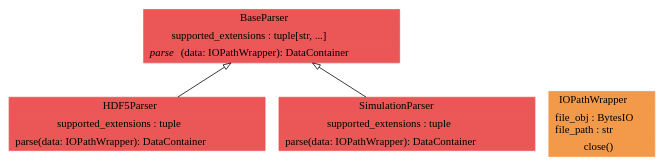
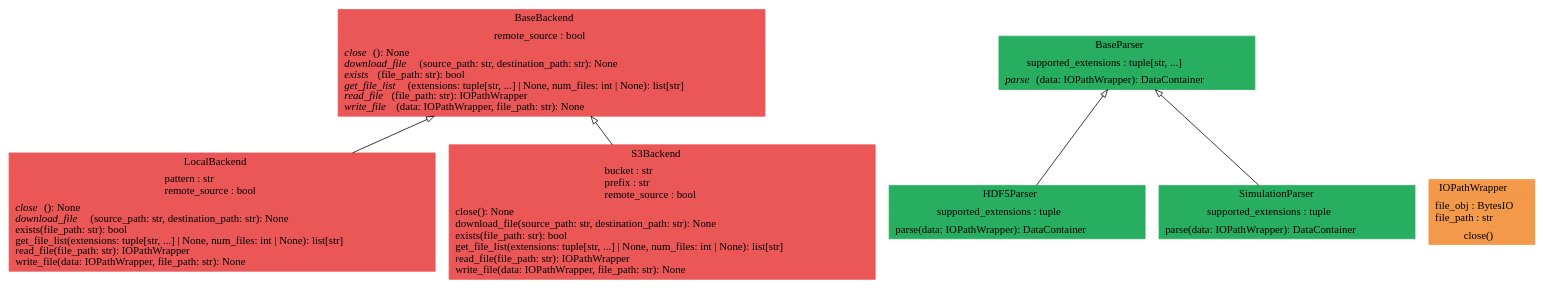
Before and after one commit to voidsy-gmbh/pyThermoNDT: the diagram in docs/pyreverse/graphviz/classes_pythermondt.io.gv, drawn with Graphviz. The commit also changed 26 other files, not shown here.

```diff
--- a/docs/pyreverse/graphviz/classes_pythermondt.io.gv
+++ b/docs/pyreverse/graphviz/classes_pythermondt.io.gv
@@ -1,10 +1,15 @@
 digraph "classes_pythermondt.io" {
 rankdir=BT
 charset="utf-8"
-"pythermondt.io.parsers.base_parser.BaseParser" [color="#EB5757", fontcolor="black", label=<{BaseParser|supported_extensions : tuple[str, ...]<br ALIGN="LEFT"/>|<I>parse</I>(data: IOPathWrapper): DataContainer<br ALIGN="LEFT"/>}>, shape="record", style="filled"];
-"pythermondt.io.parsers.hdf5_parser.HDF5Parser" [color="#EB5757", fontcolor="black", label=<{HDF5Parser|supported_extensions : tuple<br ALIGN="LEFT"/>|parse(data: IOPathWrapper): DataContainer<br ALIGN="LEFT"/>}>, shape="record", style="filled"];
+"pythermondt.io.backends.base_backend.BaseBackend" [color="#EB5757", fontcolor="black", label=<{BaseBackend|remote_source : bool<br ALIGN="LEFT"/>|<I>close</I>(): None<br ALIGN="LEFT"/><I>download_file</I>(source_path: str, destination_path: str): None<br ALIGN="LEFT"/><I>exists</I>(file_path: str): bool<br ALIGN="LEFT"/><I>get_file_list</I>(extensions: tuple[str, ...] \| None, num_files: int \| None): list[str]<br ALIGN="LEFT"/><I>read_file</I>(file_path: str): IOPathWrapper<br ALIGN="LEFT"/><I>write_file</I>(data: IOPathWrapper, file_path: str): None<br ALIGN="LEFT"/>}>, shape="record", style="filled"];
+"pythermondt.io.parsers.base_parser.BaseParser" [color="#27AE60", fontcolor="black", label=<{BaseParser|supported_extensions : tuple[str, ...]<br ALIGN="LEFT"/>|<I>parse</I>(data: IOPathWrapper): DataContainer<br ALIGN="LEFT"/>}>, shape="record", style="filled"];
+"pythermondt.io.parsers.hdf5_parser.HDF5Parser" [color="#27AE60", fontcolor="black", label=<{HDF5Parser|supported_extensions : tuple<br ALIGN="LEFT"/>|parse(data: IOPathWrapper): DataContainer<br ALIGN="LEFT"/>}>, shape="record", style="filled"];
 "pythermondt.io.utils.IOPathWrapper" [color="#F2994A", fontcolor="black", label=<{IOPathWrapper|file_obj : BytesIO<br ALIGN="LEFT"/>file_path : str<br ALIGN="LEFT"/>|close()<br ALIGN="LEFT"/>}>, shape="record", style="filled"];
-"pythermondt.io.parsers.simulation_parser.SimulationParser" [color="#EB5757", fontcolor="black", label=<{SimulationParser|supported_extensions : tuple<br ALIGN="LEFT"/>|parse(data: IOPathWrapper): DataContainer<br ALIGN="LEFT"/>}>, shape="record", style="filled"];
+"pythermondt.io.backends.local_backend.LocalBackend" [color="#EB5757", fontcolor="black", label=<{LocalBackend|pattern : str<br ALIGN="LEFT"/>remote_source : bool<br ALIGN="LEFT"/>|<I>close</I>(): None<br ALIGN="LEFT"/><I>download_file</I>(source_path: str, destination_path: str): None<br ALIGN="LEFT"/>exists(file_path: str): bool<br ALIGN="LEFT"/>get_file_list(extensions: tuple[str, ...] \| None, num_files: int \| None): list[str]<br ALIGN="LEFT"/>read_file(file_path: str): IOPathWrapper<br ALIGN="LEFT"/>write_file(data: IOPathWrapper, file_path: str): None<br ALIGN="LEFT"/>}>, shape="record", style="filled"];
+"pythermondt.io.backends.s3_backend.S3Backend" [color="#EB5757", fontcolor="black", label=<{S3Backend|bucket : str<br ALIGN="LEFT"/>prefix : str<br ALIGN="LEFT"/>remote_source : bool<br ALIGN="LEFT"/>|close(): None<br ALIGN="LEFT"/>download_file(source_path: str, destination_path: str): None<br ALIGN="LEFT"/>exists(file_path: str): bool<br ALIGN="LEFT"/>get_file_list(extensions: tuple[str, ...] \| None, num_files: int \| None): list[str]<br ALIGN="LEFT"/>read_file(file_path: str): IOPathWrapper<br ALIGN="LEFT"/>write_file(data: IOPathWrapper, file_path: str): None<br ALIGN="LEFT"/>}>, shape="record", style="filled"];
+"pythermondt.io.parsers.simulation_parser.SimulationParser" [color="#27AE60", fontcolor="black", label=<{SimulationParser|supported_extensions : tuple<br ALIGN="LEFT"/>|parse(data: IOPathWrapper): DataContainer<br ALIGN="LEFT"/>}>, shape="record", style="filled"];
+"pythermondt.io.backends.local_backend.LocalBackend" -> "pythermondt.io.backends.base_backend.BaseBackend" [arrowhead="empty", arrowtail="none"];
+"pythermondt.io.backends.s3_backend.S3Backend" -> "pythermondt.io.backends.base_backend.BaseBackend" [arrowhead="empty", arrowtail="none"];
 "pythermondt.io.parsers.hdf5_parser.HDF5Parser" -> "pythermondt.io.parsers.base_parser.BaseParser" [arrowhead="empty", arrowtail="none"];
 "pythermondt.io.parsers.simulation_parser.SimulationParser" -> "pythermondt.io.parsers.base_parser.BaseParser" [arrowhead="empty", arrowtail="none"];
 }
```
